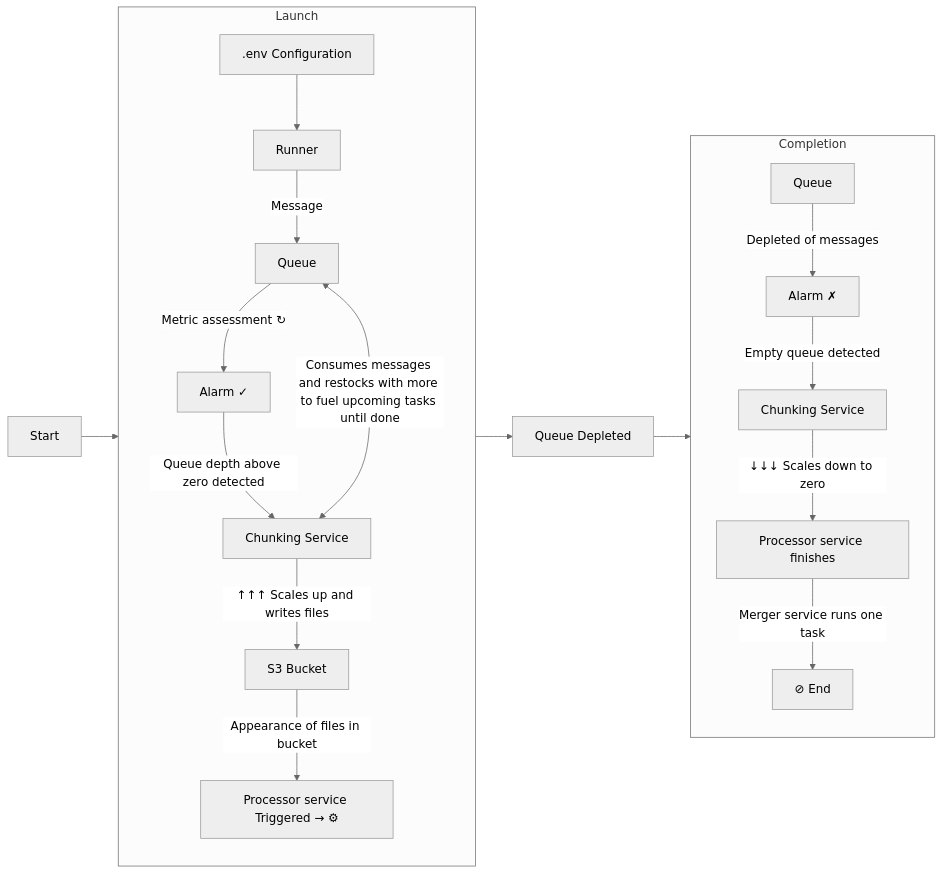
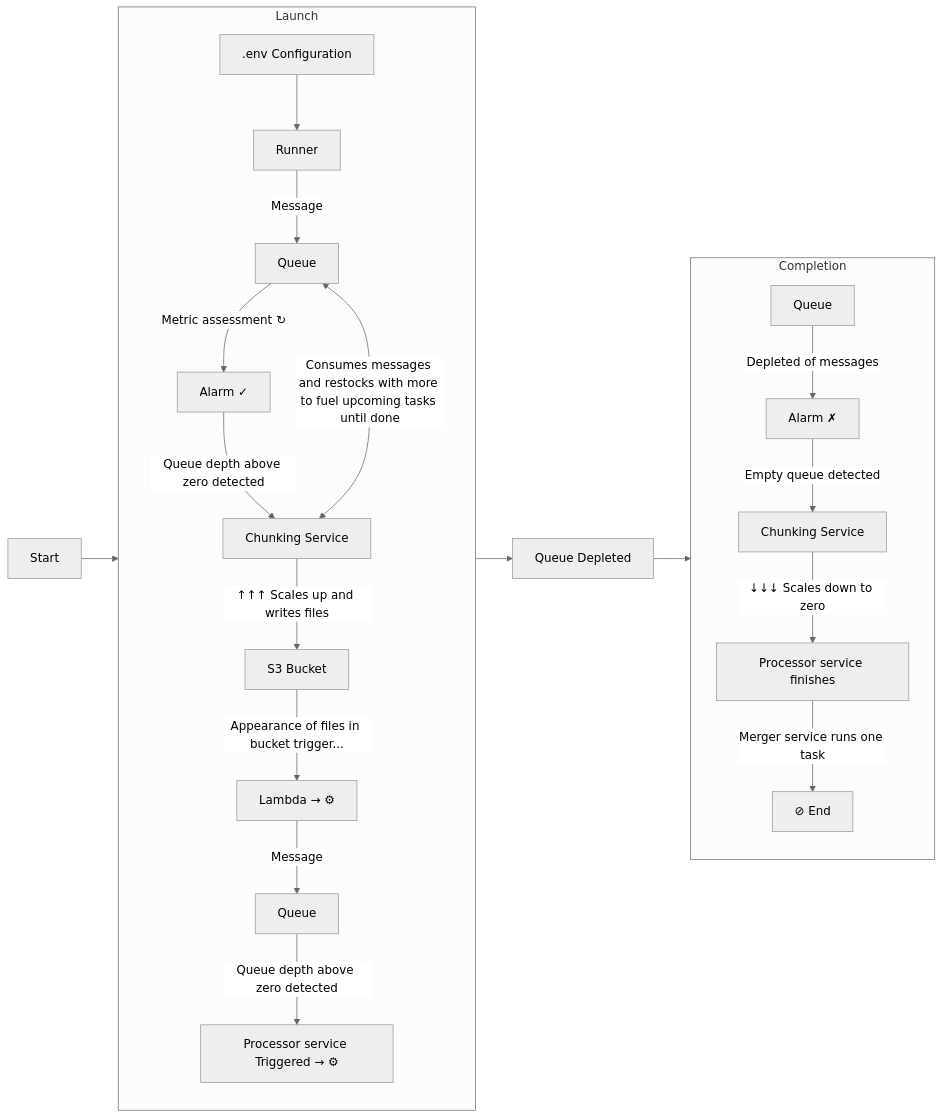
One commit to whennemuth/integration-huron-person-fargate changed the diagram in src/runner/README.md. Above: the diagram before and after it, drawn with Mermaid (neutral theme).

Commit message:
Elaboration to flowchart for integration run made in README.md file

````diff
--- a/src/runner/README.md
+++ b/src/runner/README.md
@@ -10,23 +10,25 @@
 ```mermaid
 flowchart LR
   S[Start] --> R
   subgraph R[Launch]
     direction TB
       A[.env Configuration] --> B[Runner]
-      B -->|Message| Q[Queue]
-      Q -->|Metric assessment ↻| AL[Alarm ✓]
+      B -->|Message| Q1[Queue]
+      Q1 -->|Metric assessment ↻| AL[Alarm ✓]
       AL -->|Queue depth above zero detected| E[Chunking Service]
       E -->|↑↑↑ Scales up and writes files| F[S3 Bucket]
-      F -->|Appearance of files in bucket| G[Processor service Triggered → ⚙]
-      E <-->|Consumes messages and restocks with more to fuel upcoming tasks until done| Q
+      F -->|Appearance of files in bucket trigger... | L1[Lambda → ⚙]
+      L1 -->|Message| Q2[Queue] 
+      Q2 -->|Queue depth above zero detected| P[Processor service Triggered → ⚙]
+      E <-->|Consumes messages and restocks with more to fuel upcoming tasks until done| Q1
   end
   R --> QD[Queue Depleted]
   QD --> C
   subgraph C[Completion]
     direction TB
       H[Queue] -->|Depleted of messages| J[Alarm ✗]
       J -->|Empty queue detected| K[Chunking Service]
-      K -->|↓↓↓ Scales down to zero| L[Processor service finishes]
-      L -->|Merger service runs one task| END[ ⊘ End]
+      K -->|↓↓↓ Scales down to zero| L2[Processor service finishes]
+      L2 -->|Merger service runs one task| END[ ⊘ End]
   end
 ```
````
